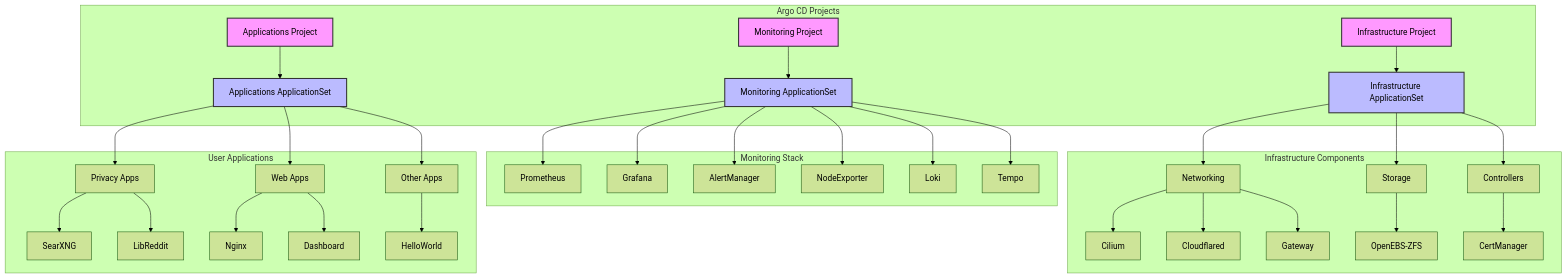
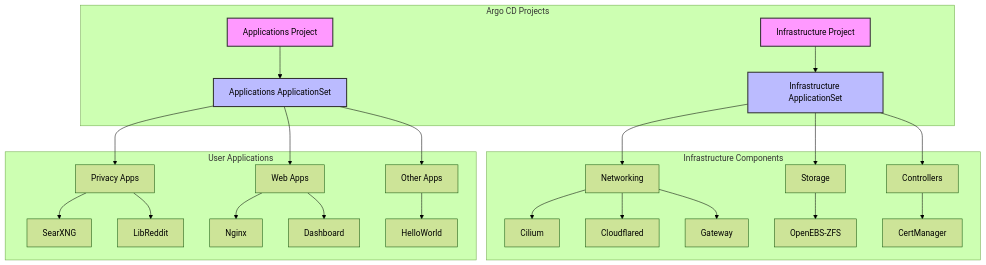
One commit to meelas24/meelas-cluster changed the diagram in readme.md. Above: the diagram before and after it, drawn with Mermaid (forest theme). The commit also changed other lines of this file and 54 other files, not shown here.

````diff
--- a/readme.md
+++ b/readme.md
@@ -45,52 +45,40 @@
 ```mermaid
 graph TD
     subgraph "Argo CD Projects"
         IP[Infrastructure Project] --> IAS[Infrastructure ApplicationSet]
         AP[Applications Project] --> AAS[Applications ApplicationSet]
-        MP[Monitoring Project] --> MAS[Monitoring ApplicationSet]
     end
     
     subgraph "Infrastructure Components"
         IAS --> N[Networking]
         IAS --> S[Storage]
         IAS --> C[Controllers]
         
         N --> Cilium
         N --> Cloudflared
         N --> Gateway
         
         S --> OpenEBS-ZFS
         
         C --> CertManager
-    end
-    
-    subgraph "Monitoring Stack"
-        MAS --> Prometheus
-        MAS --> Grafana
-        MAS --> AlertManager
-        MAS --> NodeExporter
-        MAS --> Loki
-        MAS --> Tempo
     end
     
     subgraph "User Applications"
         AAS --> P[Privacy Apps]
         AAS --> Web[Web Apps]
         AAS --> Other[Other Apps]
         
         P --> SearXNG
         P --> LibReddit
         
         Web --> Nginx
         Web --> Dashboard
         
         Other --> HelloWorld
     end
 
     style IP fill:#f9f,stroke:#333,stroke-width:2px
     style AP fill:#f9f,stroke:#333,stroke-width:2px
-    style MP fill:#f9f,stroke:#333,stroke-width:2px
     style IAS fill:#bbf,stroke:#333,stroke-width:2px
     style AAS fill:#bbf,stroke:#333,stroke-width:2px
-    style MAS fill:#bbf,stroke:#333,stroke-width:2px
 ```
````
